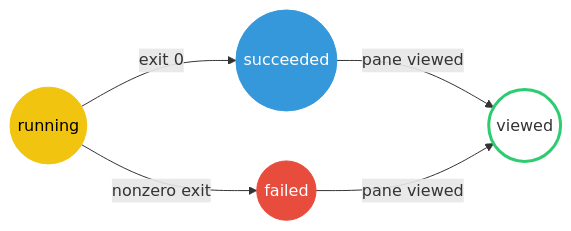
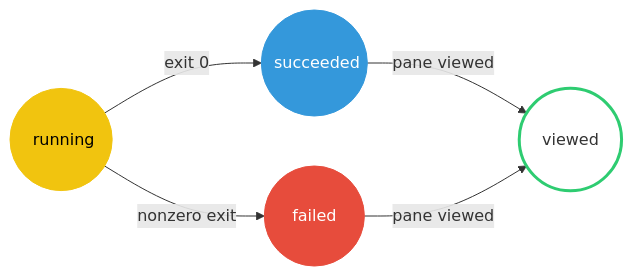
The diagram in README.md (motlin/herdr-shell-status), drawn with Mermaid before and after one commit. The commit also changed other lines of this file, not shown here.

Commit message:
Equalize mermaid circle sizes with nbsp padding and drop requirements line from README.

````diff
--- a/README.md
+++ b/README.md
@@ -12,11 +12,11 @@
 ```mermaid
 flowchart LR
-    W((running)) -->|exit 0| I((succeeded))
-    W -->|nonzero exit| B((failed))
-    I -->|pane viewed| V((viewed))
+    W(("#nbsp;#nbsp;#nbsp;running#nbsp;#nbsp;")) -->|exit 0| I(("#nbsp;succeeded"))
+    W -->|nonzero exit| B(("#nbsp;#nbsp;#nbsp;#nbsp;failed#nbsp;#nbsp;#nbsp;#nbsp;"))
+    I -->|pane viewed| V(("#nbsp;#nbsp;#nbsp;viewed#nbsp;#nbsp;#nbsp;"))
     B -->|pane viewed| V
     style W fill:#f1c40f,stroke:#f1c40f,color:#000
     style B fill:#e74c3c,stroke:#e74c3c,color:#fff
     style I fill:#3498db,stroke:#3498db,color:#fff
     style V fill:transparent,stroke:#2ecc71,stroke-width:3px
 ```
````
